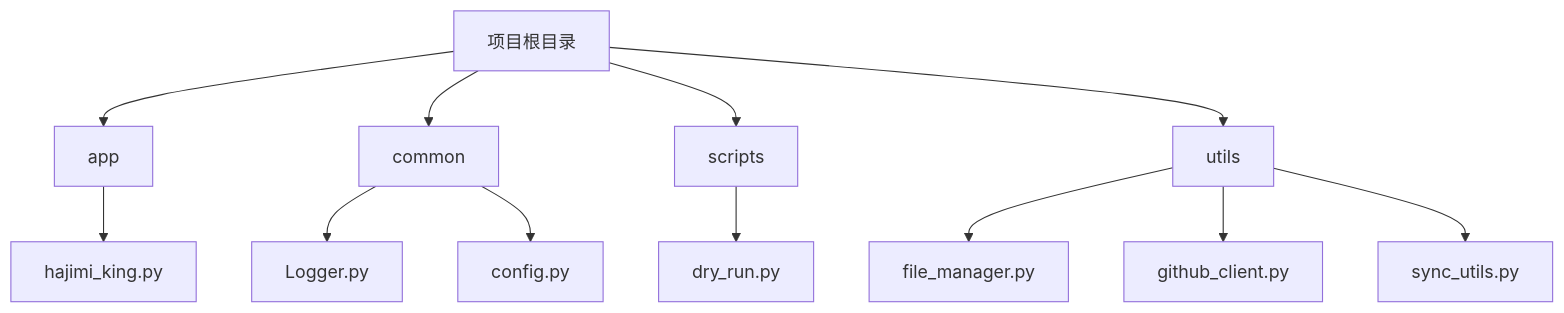
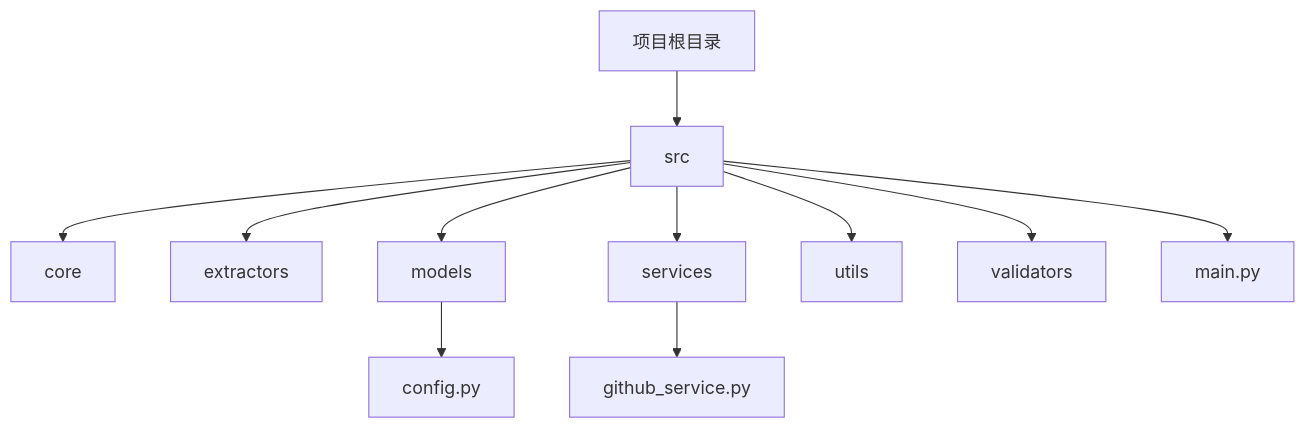
One commit to james-6-23/APIKEY-king changed the first of 4 diagrams in .qoder/repowiki/zh/content/开发者指南/代码架构与模块设计/GitHub客户端模块.md. Above: the diagram before and after it, drawn with Mermaid. The commit also changed other lines of this file and 49 other files, not shown here.

````diff
--- a/.qoder/repowiki/zh/content/开发者指南/代码架构与模块设计/GitHub客户端模块.md
+++ b/.qoder/repowiki/zh/content/开发者指南/代码架构与模块设计/GitHub客户端模块.md
@@ -25,14 +33,13 @@
 ```mermaid
 graph TD
-A[项目根目录] --> B[app]
-A --> C[common]
-A --> D[scripts]
-A --> E[utils]
-B --> B1[hajimi_king.py]
-C --> C1[Logger.py]
-C --> C2[config.py]
-D --> D1[dry_run.py]
-E --> E1[file_manager.py]
-E --> E2[github_client.py]
-E --> E3[sync_utils.py]
+A[项目根目录] --> B[src]
+B --> B1[core]
+B --> B2[extractors]
+B --> B3[models]
+B --> B4[services]
+B --> B5[utils]
+B --> B6[validators]
+B --> B7[main.py]
+B4 --> B4a[github_service.py]
+B3 --> B3a[config.py]
 ```
````
